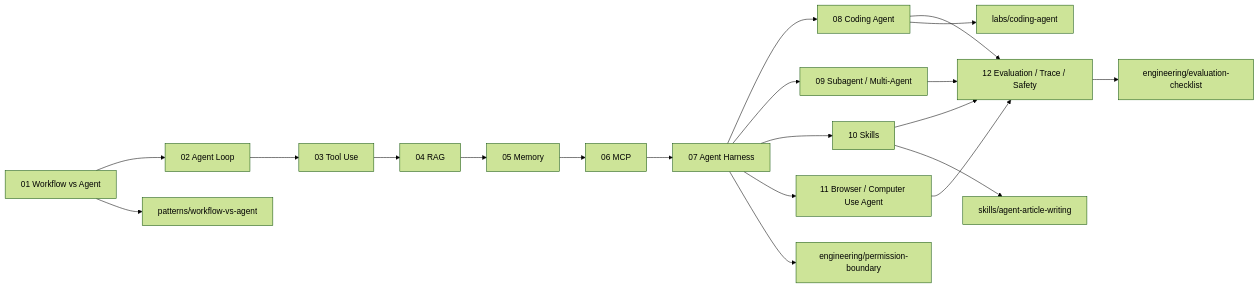
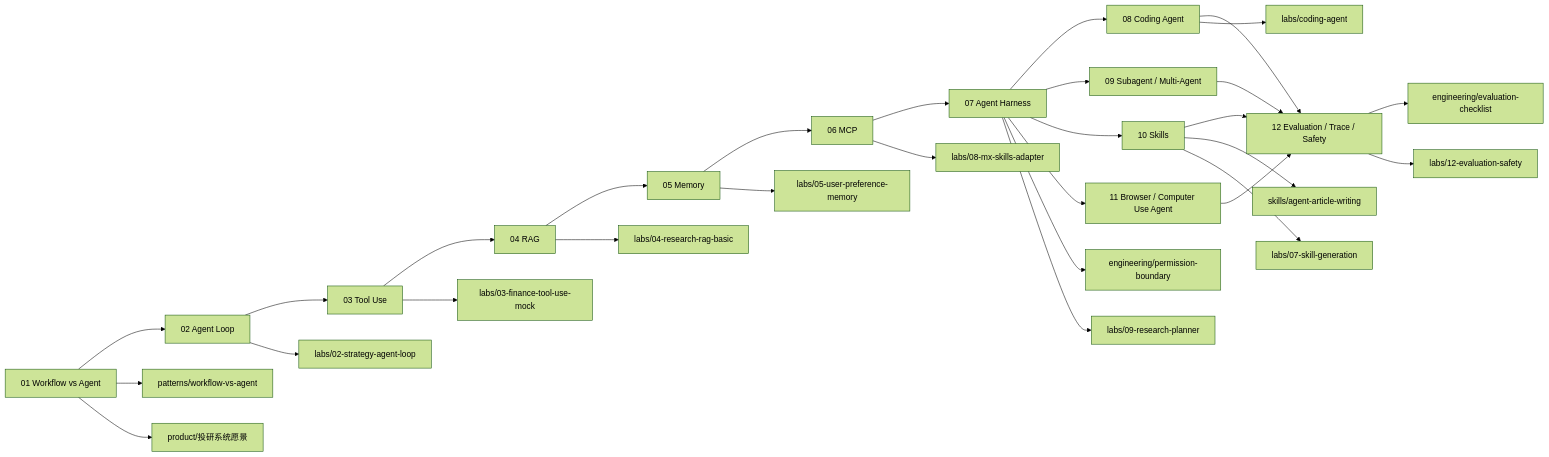
One commit to pittosporum-seu/Learning_Agent changed the second of 3 diagrams in docs/document-graph.md. Above: the diagram before and after it, drawn with Mermaid (forest theme). The commit also changed other lines of this file and 16 other files, not shown here.

Commit message:
Add investment research agent lab plan

````diff
--- a/docs/document-graph.md
+++ b/docs/document-graph.md
@@ -47,23 +53,33 @@
 ```mermaid
 flowchart LR
     D01["01 Workflow vs Agent"] --> D02["02 Agent Loop"]
     D02 --> D03["03 Tool Use"]
     D03 --> D04["04 RAG"]
     D04 --> D05["05 Memory"]
     D05 --> D06["06 MCP"]
     D06 --> D07["07 Agent Harness"]
     D07 --> D08["08 Coding Agent"]
     D07 --> D09["09 Subagent / Multi-Agent"]
     D07 --> D10["10 Skills"]
     D07 --> D11["11 Browser / Computer Use Agent"]
     D08 --> D12["12 Evaluation / Trace / Safety"]
     D09 --> D12
     D10 --> D12
     D11 --> D12
 
     D01 --> P1["patterns/workflow-vs-agent"]
     D07 --> E1["engineering/permission-boundary"]
     D08 --> L1["labs/coding-agent"]
     D10 --> S1["skills/agent-article-writing"]
     D12 --> E2["engineering/evaluation-checklist"]
+
+    D01 --> PR1["product/投研系统愿景"]
+    D02 --> L02["labs/02-strategy-agent-loop"]
+    D03 --> L03["labs/03-finance-tool-use-mock"]
+    D04 --> L04["labs/04-research-rag-basic"]
+    D05 --> L05["labs/05-user-preference-memory"]
+    D06 --> L08["labs/08-mx-skills-adapter"]
+    D07 --> L09["labs/09-research-planner"]
+    D10 --> L07["labs/07-skill-generation"]
+    D12 --> L12["labs/12-evaluation-safety"]
 ```
````
